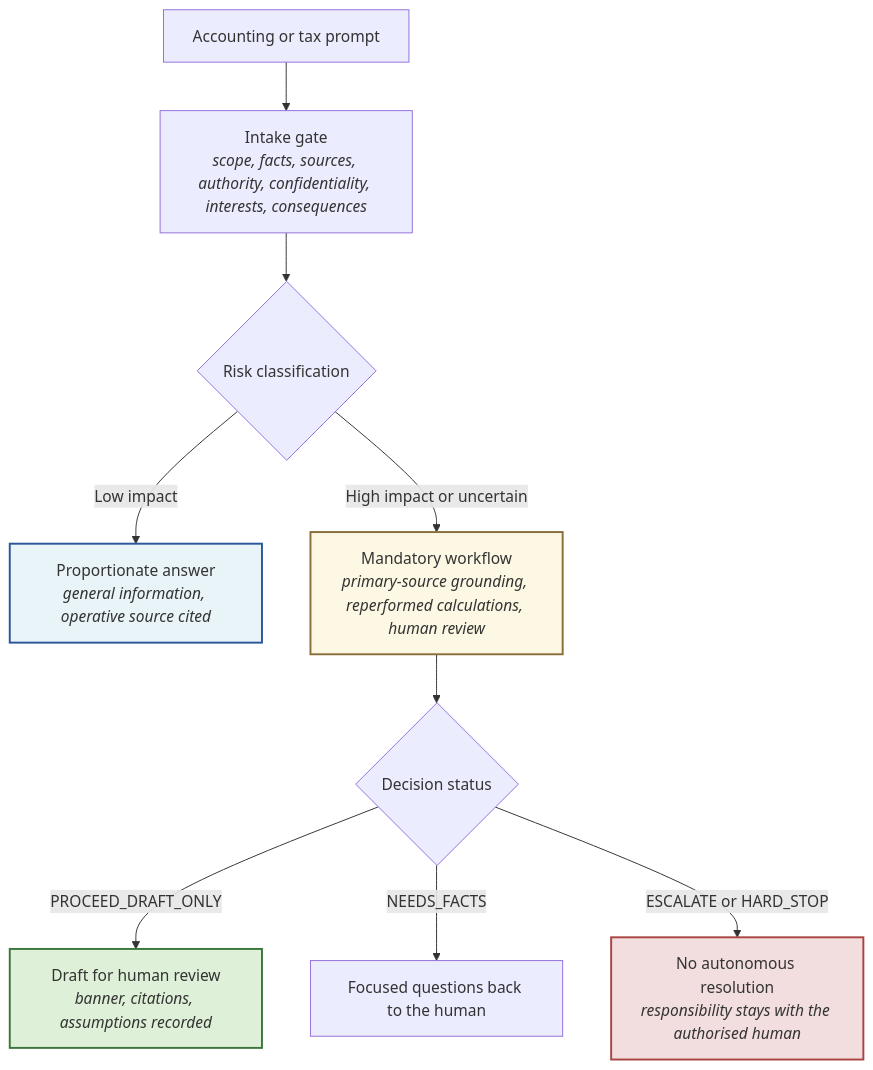
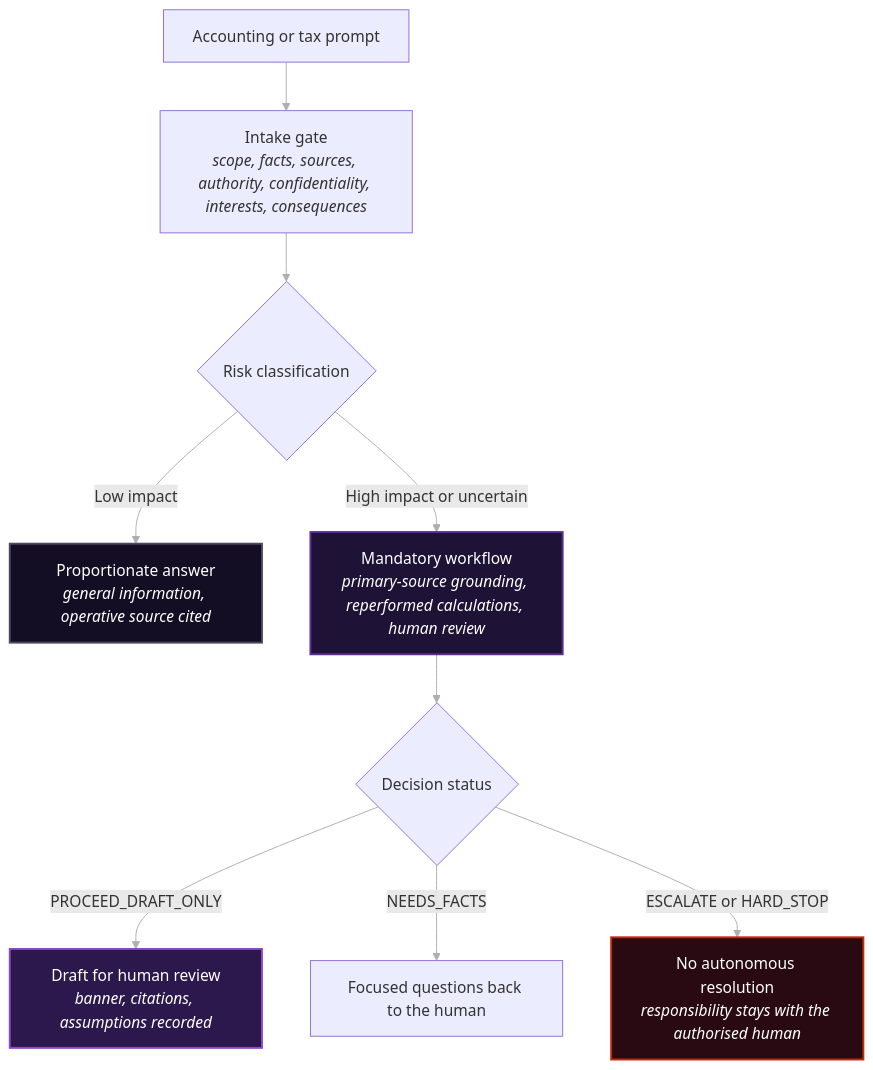
Before and after one commit to ryanduguid/DrDebits: the diagram in README.md, drawn with Mermaid. The commit also changed other lines of this file and 1 other file, not shown here.

````diff
--- a/README.md
+++ b/README.md
@@ -43,18 +43,19 @@
 ```mermaid
+%%{init: {"themeVariables": {"lineColor": "#B1AFAD"}}}%%
 flowchart TD
     Prompt["Accounting or tax prompt"] --> Gate["Intake gate<br/><i>scope, facts, sources, authority, confidentiality, interests, consequences</i>"]
     Gate --> Risk{"Risk classification"}
 
     Risk -->|"Low impact"| Prop["Proportionate answer<br/><i>general information, operative source cited</i>"]
     Risk -->|"High impact or uncertain"| Flow["Mandatory workflow<br/><i>primary-source grounding, reperformed calculations, human review</i>"]
 
     Flow --> Status{"Decision status"}
     Status -->|"PROCEED_DRAFT_ONLY"| Draft["Draft for human review<br/><i>banner, citations, assumptions recorded</i>"]
     Status -->|"NEEDS_FACTS"| Facts["Focused questions back to the human"]
     Status -->|"ESCALATE or HARD_STOP"| Stop["No autonomous resolution<br/><i>responsibility stays with the authorised human</i>"]
 
-    style Prop fill:#e8f4f8,stroke:#2b579a,stroke-width:2px
-    style Flow fill:#fcf8e3,stroke:#8a6d3b,stroke-width:2px
-    style Draft fill:#dff0d8,stroke:#3c763d,stroke-width:2px
-    style Stop fill:#f2dede,stroke:#a94442,stroke-width:2px
+    style Prop fill:#140E24,stroke:#4F485E,stroke-width:2px,color:#FFFFFF
+    style Flow fill:#1E1236,stroke:#5C2D91,stroke-width:2px,color:#FFFFFF
+    style Draft fill:#2D184E,stroke:#8A4AC7,stroke-width:2px,color:#FFFFFF
+    style Stop fill:#2A0A12,stroke:#C02B0A,stroke-width:2px,color:#FFFFFF
 ```
````
